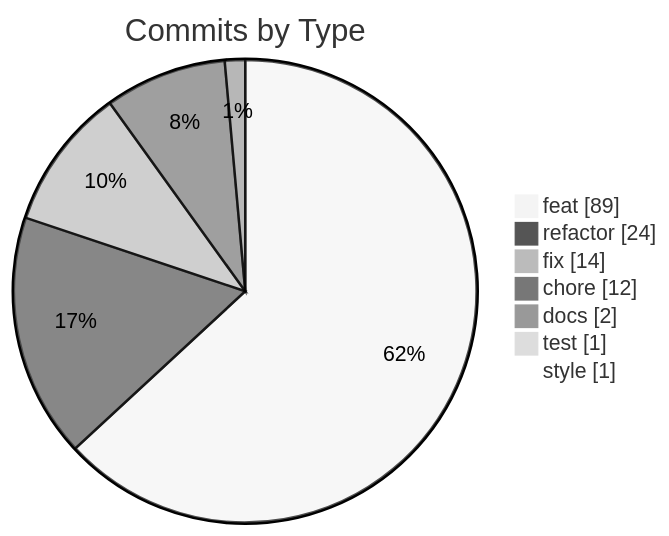
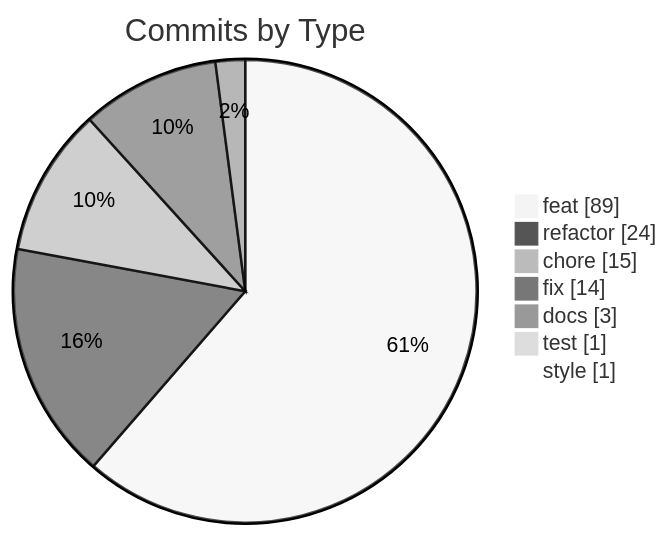
One commit to Whytalik/fix-space changed the first of 3 diagrams in docs/STATS.md. Above: the diagram before and after it, drawn with Mermaid (neutral theme). The commit also changed other lines of this file and 1 other file, not shown here.

````diff
--- a/docs/STATS.md
+++ b/docs/STATS.md
@@ -11,11 +11,11 @@
 ```mermaid
 pie showData
     title Commits by Type
     "feat" : 89
     "refactor" : 24
+    "chore" : 15
     "fix" : 14
-    "chore" : 12
-    "docs" : 2
+    "docs" : 3
     "test" : 1
     "style" : 1
 ```
````
